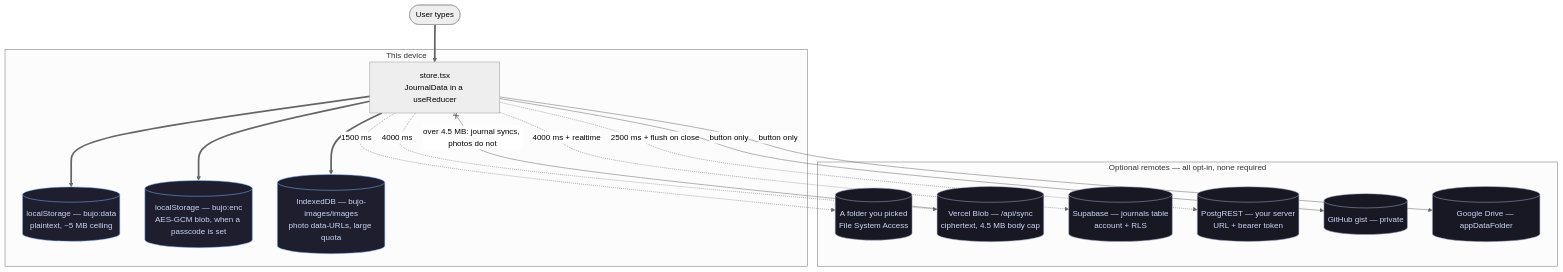
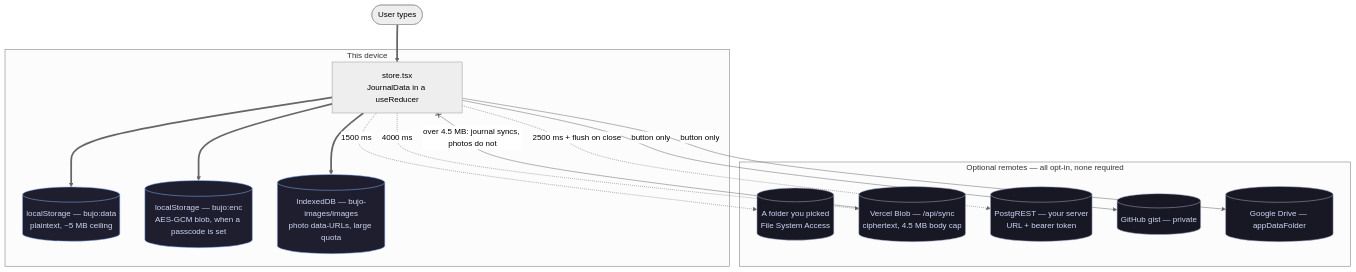
One commit to SathishKumarAI/bujo changed the first of 4 diagrams in docs/diagrams/storage-and-sync.md. Above: the diagram before and after it, drawn with Mermaid (neutral theme). The commit also changed other lines of this file and 14 other files, not shown here.

````diff
--- a/docs/diagrams/storage-and-sync.md
+++ b/docs/diagrams/storage-and-sync.md
@@ -13,39 +13,37 @@
 ```mermaid
 flowchart TB
   user([User types])
 
   subgraph device["This device"]
     store["store.tsx<br/>JournalData in a useReducer"]
     ls[("localStorage — bujo:data<br/>plaintext, ~5 MB ceiling")]
     enc[("localStorage — bujo:enc<br/>AES-GCM blob, when a passcode is set")]
     idb[("IndexedDB — bujo-images/images<br/>photo data-URLs, large quota")]
   end
 
   subgraph net["Optional remotes — all opt-in, none required"]
     folder[("A folder you picked<br/>File System Access")]
     blob[("Vercel Blob — /api/sync<br/>ciphertext, 4.5 MB body cap")]
-    supa[("Supabase — journals table<br/>account + RLS")]
     selfhost[("PostgREST — your server<br/>URL + bearer token")]
     gist[("GitHub gist — private")]
     drive[("Google Drive — appDataFolder")]
   end
 
   user ==> store
   store ==> ls
   store ==> enc
   store ==> idb
 
   store -. "1500 ms" .-> folder
   store -. "4000 ms" .-> blob
-  store -. "4000 ms + realtime" .-> supa
   store -. "2500 ms + flush on close" .-> selfhost
   store -- "button only" --> gist
   store -- "button only" --> drive
 
   blob --x|"over 4.5 MB: journal syncs, photos do not"| store
 
   classDef local fill:#1e1e2e,stroke:#89b4fa,color:#cdd6f4
   classDef remote fill:#181825,stroke:#a6adc8,color:#cdd6f4
   class ls,enc,idb local
-  class folder,blob,supa,selfhost,gist,drive remote
+  class folder,blob,selfhost,gist,drive remote
 ```
````
